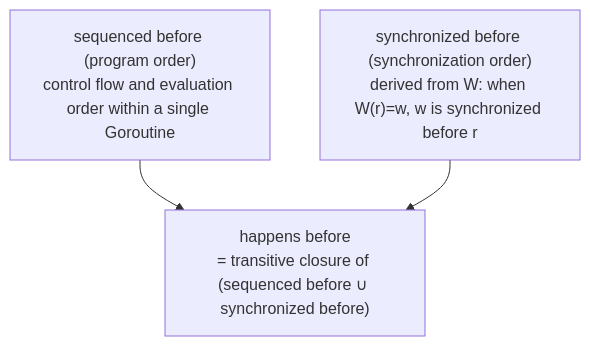
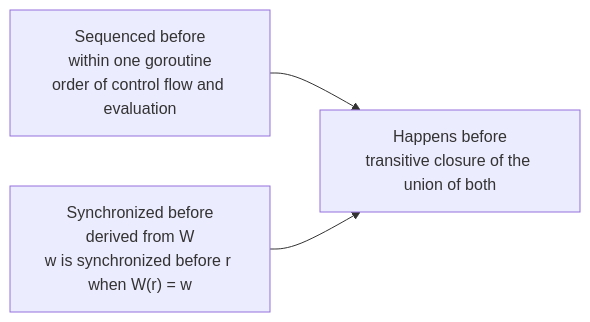
One commit to golang-design/under-the-hood changed the third of 4 diagrams in book/en-us/part3concurrency/ch11sync/mem.md. Above: the diagram before and after it, drawn with Mermaid. The commit also changed other lines of this file and 30 other files, not shown here.

````diff
--- a/book/en-us/part3concurrency/ch11sync/mem.md
+++ b/book/en-us/part3concurrency/ch11sync/mem.md
@@ -486,6 +419,6 @@
 ```mermaid
-flowchart TD
-    SB["sequenced before (program order)<br/>control flow and evaluation order within a single Goroutine"] --> HB
-    SYB["synchronized before (synchronization order)<br/>derived from W: when W(r)=w, w is synchronized before r"] --> HB
-    HB["happens before<br/>= transitive closure of (sequenced before ∪ synchronized before)"]
+flowchart LR
+    SB["Sequenced before<br/>within one goroutine<br/>order of control flow and evaluation"] --> HB
+    SYB["Synchronized before<br/>derived from W<br/>w is synchronized before r when W(r) = w"] --> HB
+    HB["Happens before<br/>transitive closure of the union of both"]
 ```
````
